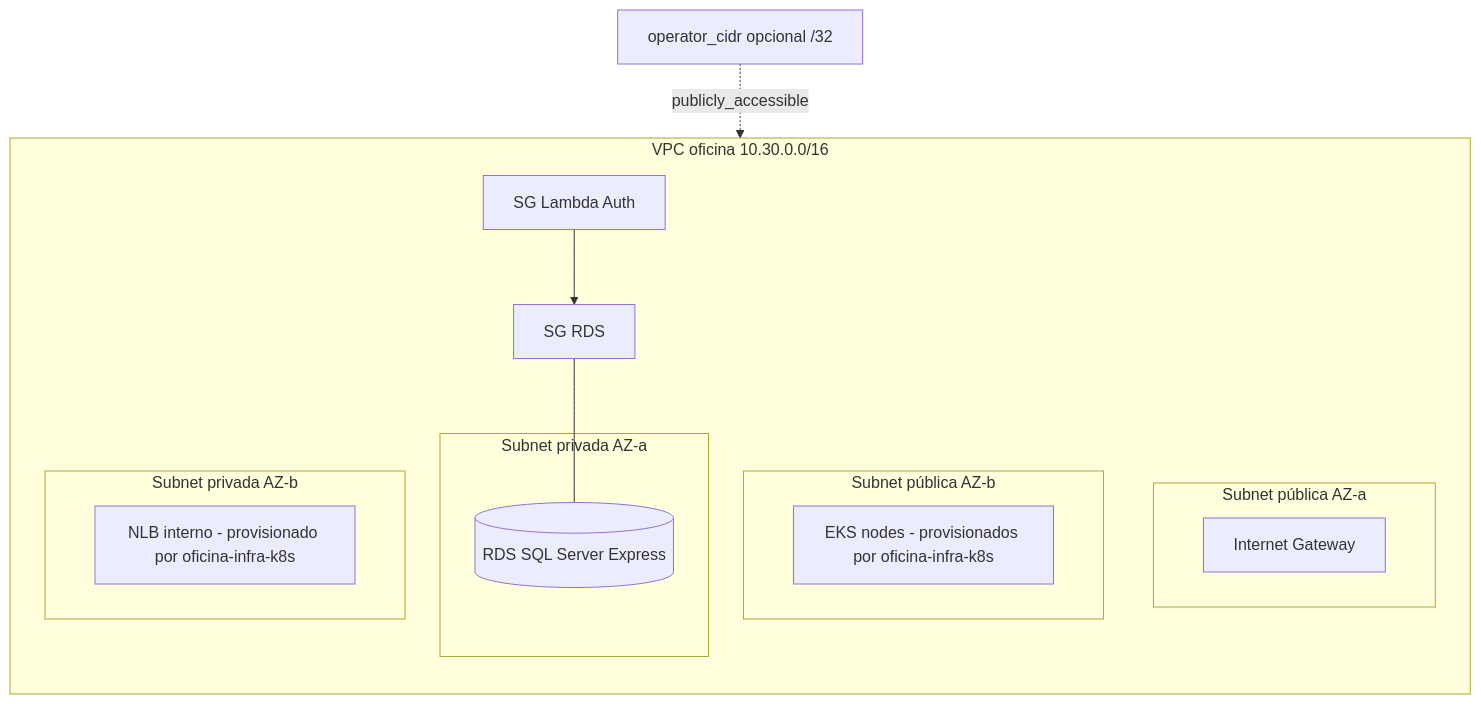
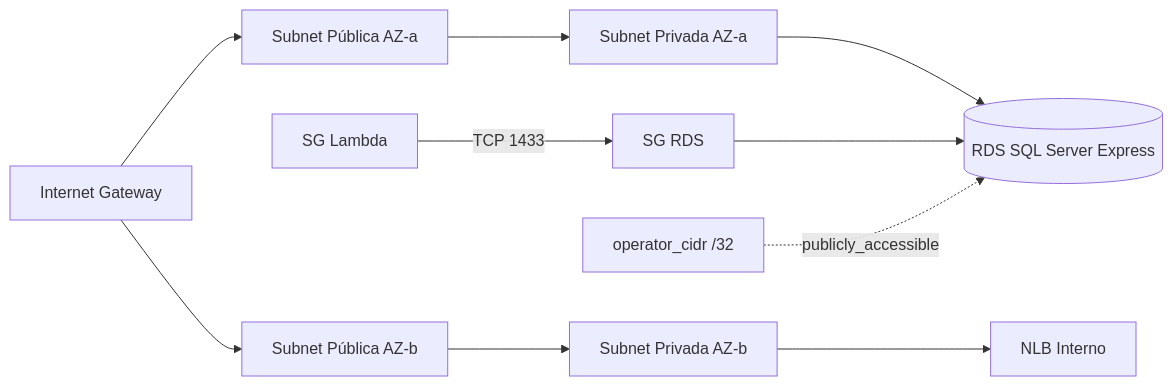
The second of 2 diagrams in README.md (fabianorodrigues/oficina-infra-db), drawn with Mermaid before and after one commit. The commit also changed other lines of this file, not shown here.

````diff
--- a/README.md
+++ b/README.md
@@ -49,23 +47,12 @@
 ```mermaid
-graph TB
-  subgraph VPC[VPC oficina 10.30.0.0/16]
-    direction TB
-    subgraph PubA[Subnet pública AZ-a]
-      IGW[Internet Gateway]
-    end
-    subgraph PubB[Subnet pública AZ-b]
-      EksB[EKS nodes - provisionados por oficina-infra-k8s]
-    end
-    subgraph PrivA[Subnet privada AZ-a]
-      RDS[(RDS SQL Server Express)]
-    end
-    subgraph PrivB[Subnet privada AZ-b]
-      NLB[NLB interno - provisionado por oficina-infra-k8s]
-    end
-    SGRds[SG RDS]
-    SGLambda[SG Lambda Auth]
-  end
-  Op[operator_cidr opcional /32] -. publicly_accessible .-> RDS
-  SGLambda --> SGRds
-  SGRds --- RDS
+graph LR
+  IGW[Internet Gateway] --> PubA[Subnet Pública AZ-a]
+  IGW --> PubB[Subnet Pública AZ-b]
+  PubA --> PrivA[Subnet Privada AZ-a]
+  PubB --> PrivB[Subnet Privada AZ-b]
+  PrivA --> RDS[(RDS SQL Server Express)]
+  PrivB --> NLB[NLB Interno]
+  SGLambda[SG Lambda] -->|TCP 1433| SGRds[SG RDS]
+  SGRds --> RDS
+  CIDR["operator_cidr /32"] -.publicly_accessible.-> RDS
 ```
````
